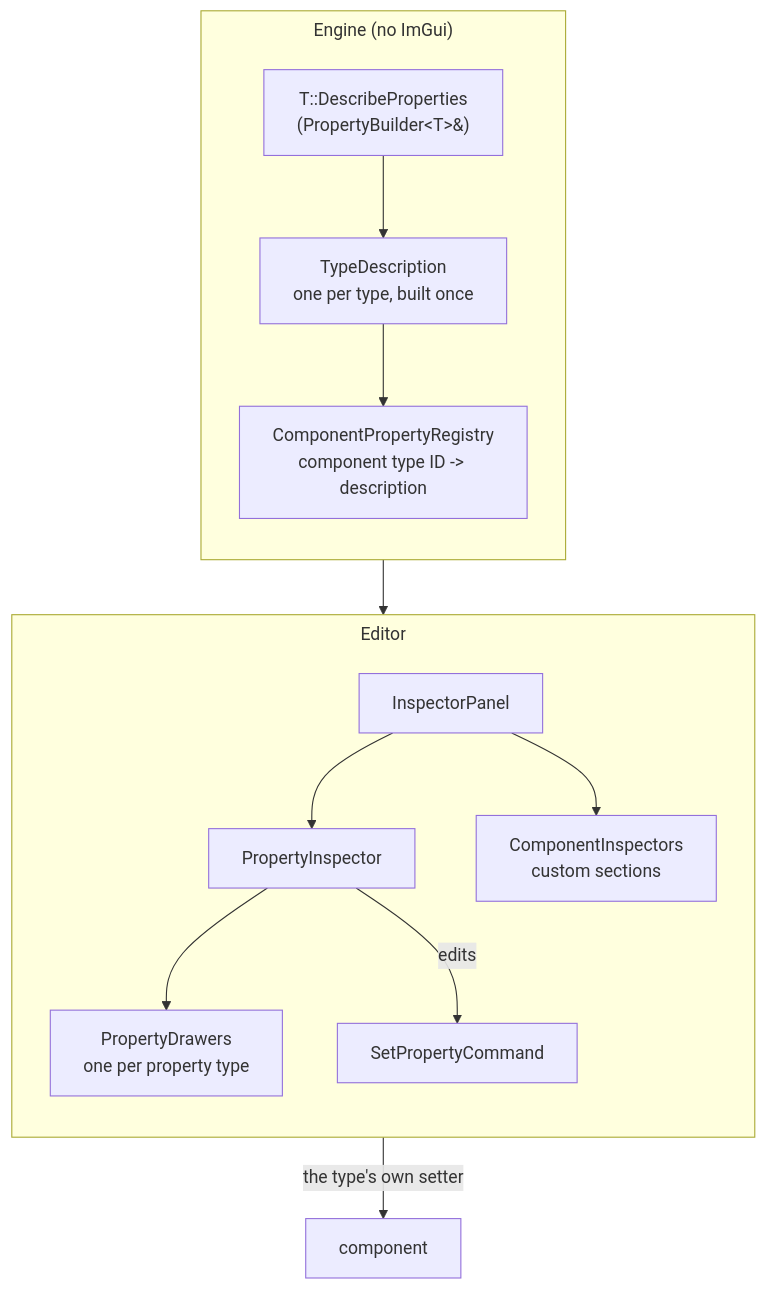
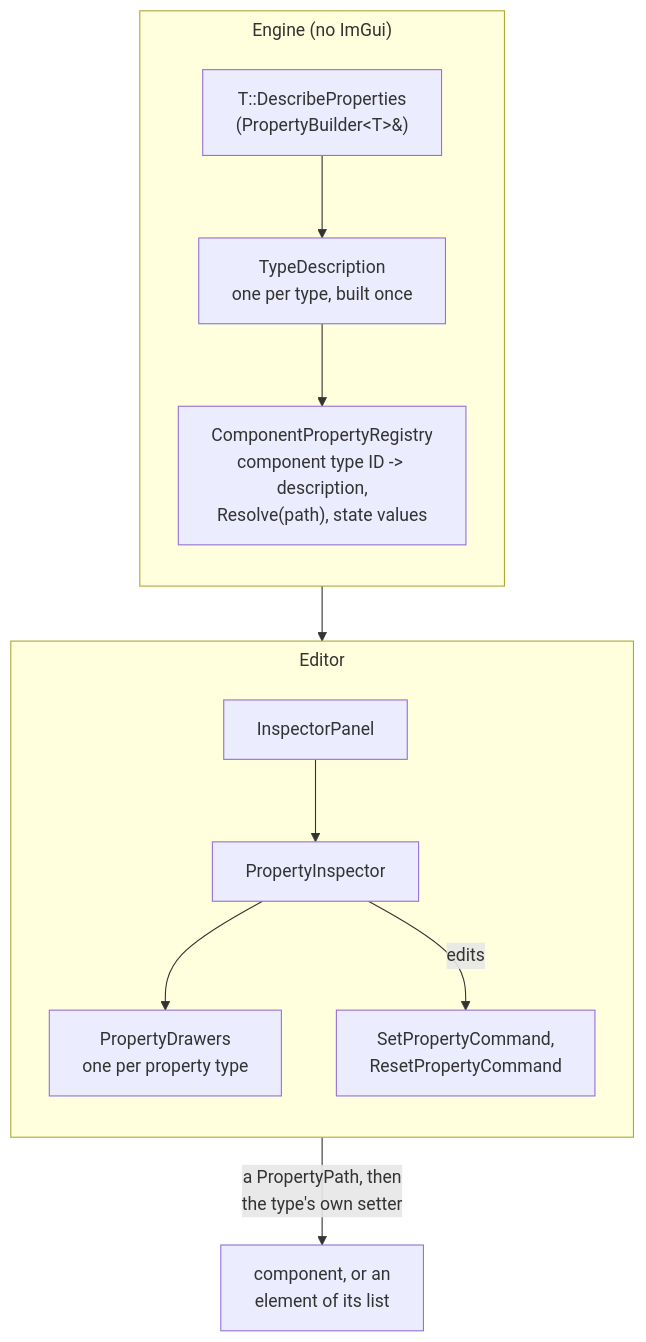
The diagram in Docs/Generated/Engine/07-Editor/Object-Inspector-And-Properties.md (b1nary0/RZE), drawn with Mermaid before and after one commit. The commit also changed other lines of this file and 9 other files, not shown here.

````diff
--- a/Docs/Generated/Engine/07-Editor/Object-Inspector-And-Properties.md
+++ b/Docs/Generated/Engine/07-Editor/Object-Inspector-And-Properties.md
@@ -5,18 +5,17 @@
 ```mermaid
 %%{init: {'flowchart': {'subGraphTitleMargin': {'top': 6, 'bottom': 10}}, 'themeCSS': '.labelBkg, .edgeLabel { background-color: var(--background-primary) !important; } .messageText, .labelText, .loopText { paint-order: stroke; stroke: var(--background-primary); stroke-width: 5px; stroke-linejoin: round; }'}}%%
 flowchart TD
     subgraph Engine["Engine (no ImGui)"]
         direction TB
         DP["T::DescribeProperties<br/>(PropertyBuilder&lt;T&gt;&)"] --> TD["TypeDescription<br/>one per type, built once"]
-        TD --> Reg["ComponentPropertyRegistry<br/>component type ID -> description"]
+        TD --> Reg["ComponentPropertyRegistry<br/>component type ID -> description,<br/>Resolve(path), state values"]
     end
     subgraph Editor
         direction TB
         Panel["InspectorPanel"] --> PI["PropertyInspector"]
         PI --> Drawers["PropertyDrawers<br/>one per property type"]
-        Panel --> Custom["ComponentInspectors<br/>custom sections"]
-        PI -->|"edits"| Cmd["SetPropertyCommand"]
+        PI -->|"edits"| Cmd["SetPropertyCommand,<br/>ResetPropertyCommand"]
     end
     Reg --> PI
-    Cmd -->|"the type's own setter"| Comp["component"]
+    Cmd -->|"a PropertyPath, then<br/>the type's own setter"| Comp["component, or an<br/>element of its list"]
 ```
````
